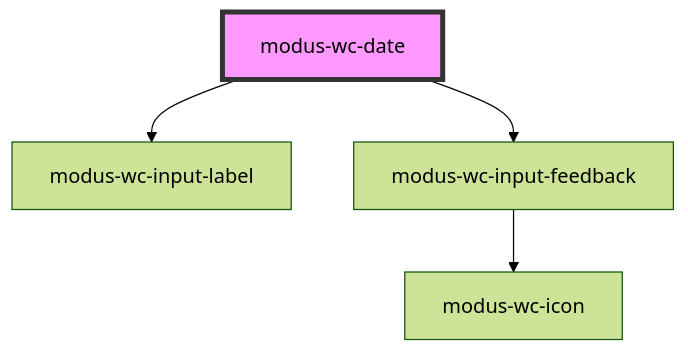
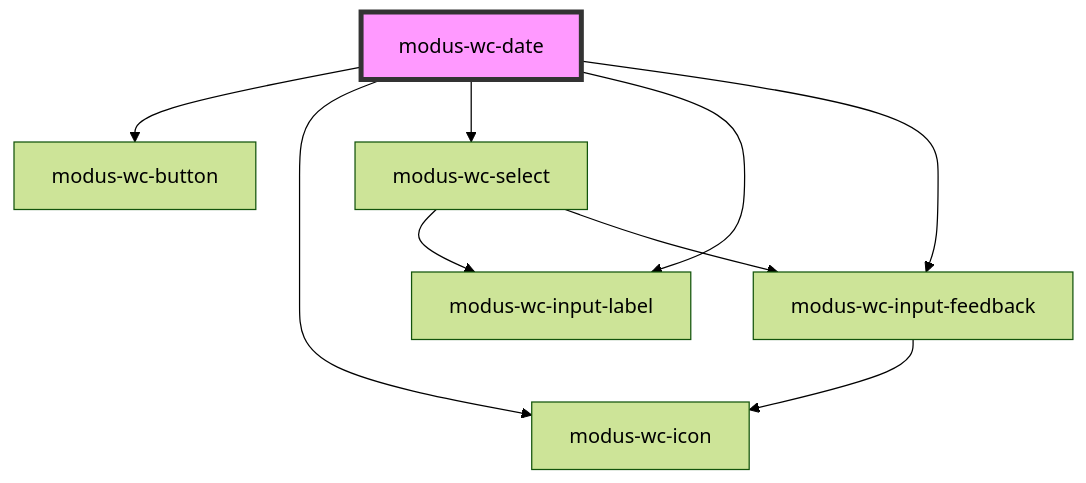
One commit to trimble-oss/modus-wc-2.0 changed the diagram in src/components/modus-wc-date/readme.md. Above: the diagram before and after it, drawn with Mermaid (forest theme). The commit also changed other lines of this file and 7 other files, not shown here.

````diff
--- a/src/components/modus-wc-date/readme.md
+++ b/src/components/modus-wc-date/readme.md
@@ -51,7 +54,12 @@
 ```mermaid
 graph TD;
+  modus-wc-date --> modus-wc-button
+  modus-wc-date --> modus-wc-icon
+  modus-wc-date --> modus-wc-select
   modus-wc-date --> modus-wc-input-label
   modus-wc-date --> modus-wc-input-feedback
+  modus-wc-select --> modus-wc-input-label
+  modus-wc-select --> modus-wc-input-feedback
   modus-wc-input-feedback --> modus-wc-icon
   style modus-wc-date fill:#f9f,stroke:#333,stroke-width:4px
 ```
````
